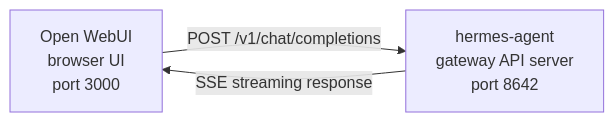
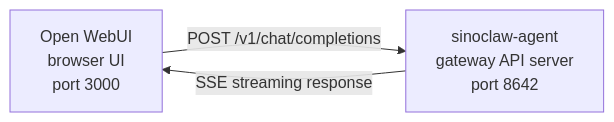
One commit to sinoclaw/sinoclaw-agent changed the diagram in website/docs/user-guide/messaging/open-webui.md. Above: the diagram before and after it, drawn with Mermaid. The commit also changed other lines of this file and 1757 other files, not shown here.

Commit message:
chore: complete brand rename hermes → sinoclaw (1440 files modified)

````diff
--- a/website/docs/user-guide/messaging/open-webui.md
+++ b/website/docs/user-guide/messaging/open-webui.md
@@ -13,7 +13,7 @@
 ```mermaid
 flowchart LR
     A["Open WebUI<br/>browser UI<br/>port 3000"]
-    B["hermes-agent<br/>gateway API server<br/>port 8642"]
+    B["sinoclaw-agent<br/>gateway API server<br/>port 8642"]
     A -->|POST /v1/chat/completions| B
     B -->|SSE streaming response| A
 ```
````
